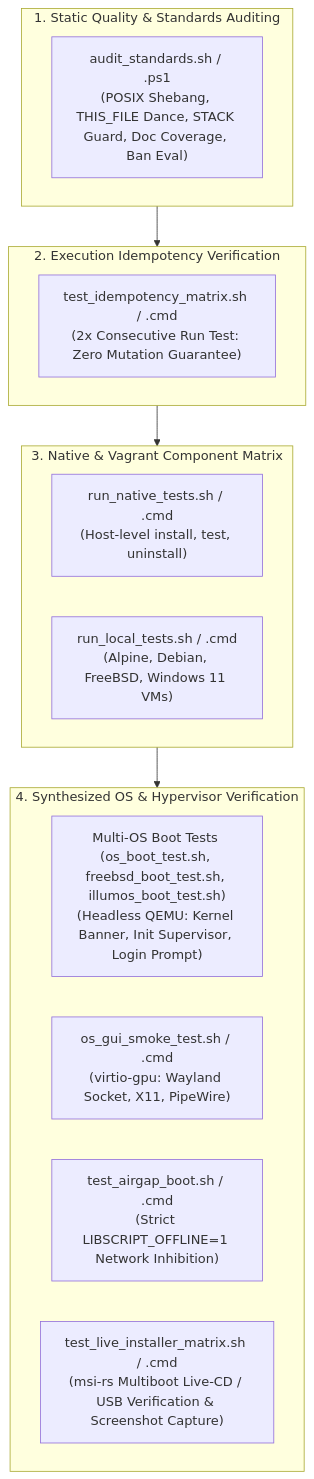
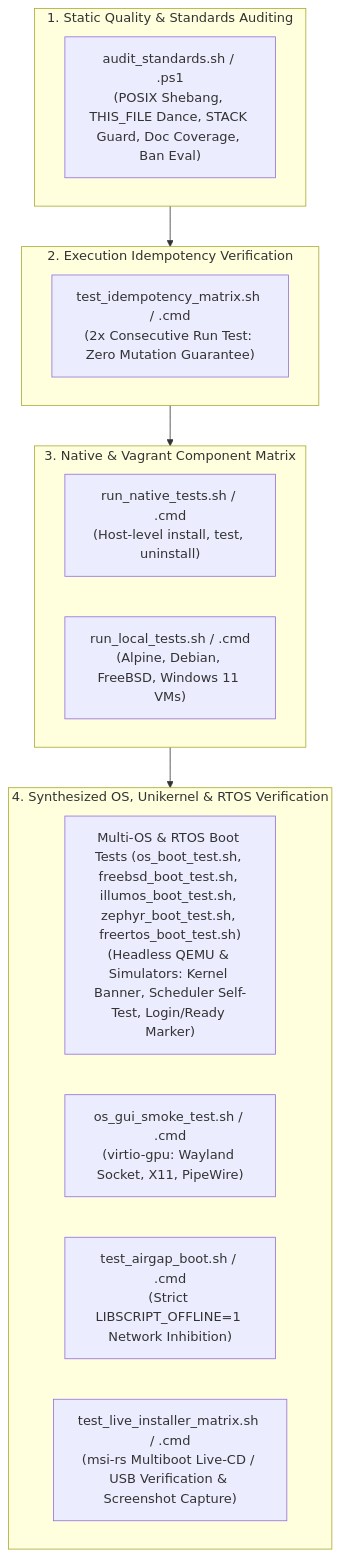
The diagram in TEST.md (SamuelMarks/libscript), drawn with Mermaid before and after one commit. The commit also changed 1501 other files, not shown here.

````diff
--- a/TEST.md
+++ b/TEST.md
@@ -14,26 +14,26 @@
 ```mermaid
 flowchart TD
     subgraph Layer1[1. Static Quality & Standards Auditing]
         Audit["audit_standards.sh / .ps1<br/>(POSIX Shebang, THIS_FILE Dance, STACK Guard, Doc Coverage, Ban Eval)"]
     end
 
     subgraph Layer2[2. Execution Idempotency Verification]
         Idempotency["test_idempotency_matrix.sh / .cmd<br/>(2x Consecutive Run Test: Zero Mutation Guarantee)"]
     end
 
     subgraph Layer3[3. Native & Vagrant Component Matrix]
         NativeTests["run_native_tests.sh / .cmd<br/>(Host-level install, test, uninstall)"]
         VagrantTests["run_local_tests.sh / .cmd<br/>(Alpine, Debian, FreeBSD, Windows 11 VMs)"]
     end
 
-    subgraph Layer4[4. Synthesized OS & Hypervisor Verification]
-        BootTest["Multi-OS Boot Tests (os_boot_test.sh, freebsd_boot_test.sh, illumos_boot_test.sh)<br/>(Headless QEMU: Kernel Banner, Init Supervisor, Login Prompt)"]
+    subgraph Layer4[4. Synthesized OS, Unikernel & RTOS Verification]
+        BootTest["Multi-OS & RTOS Boot Tests (os_boot_test.sh, freebsd_boot_test.sh, illumos_boot_test.sh, zephyr_boot_test.sh, freertos_boot_test.sh)<br/>(Headless QEMU & Simulators: Kernel Banner, Scheduler Self-Test, Login/Ready Marker)"]
         GUISmoke["os_gui_smoke_test.sh / .cmd<br/>(virtio-gpu: Wayland Socket, X11, PipeWire)"]
         AirGap["test_airgap_boot.sh / .cmd<br/>(Strict LIBSCRIPT_OFFLINE=1 Network Inhibition)"]
         LiveMatrix["test_live_installer_matrix.sh / .cmd<br/>(msi-rs Multiboot Live-CD / USB Verification & Screenshot Capture)"]
     end
 
     Layer1 --> Layer2
     Layer2 --> Layer3
     Layer3 --> Layer4
 ```
````
